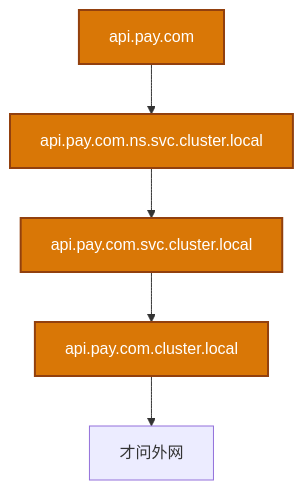
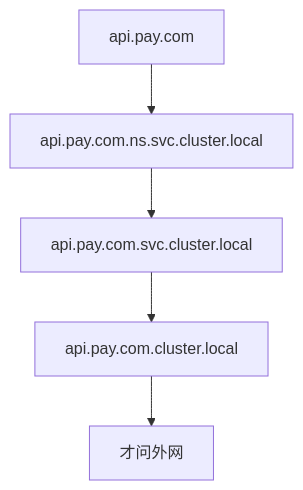
The fifth of 5 diagrams in 01-基础底座/15-DNS与CDN/练习题.md (ml-cuizijun/LearnToLilith), drawn with Mermaid before and after one commit. The commit also changed other lines of this file and 470 other files, not shown here.

````diff
--- a/01-基础底座/15-DNS与CDN/练习题.md
+++ b/01-基础底座/15-DNS与CDN/练习题.md
@@ -229,9 +223,8 @@
 ```mermaid
 flowchart TB
     a[api.pay.com] --> b[api.pay.com.ns.svc.cluster.local]
     b --> c[api.pay.com.svc.cluster.local]
     c --> d[api.pay.com.cluster.local]
     d --> e[才问外网]
-    classDef a fill:#D97706,stroke:#92400E,stroke-width:2px,color:#fff
     class a,b,c,d a
 ```
````
